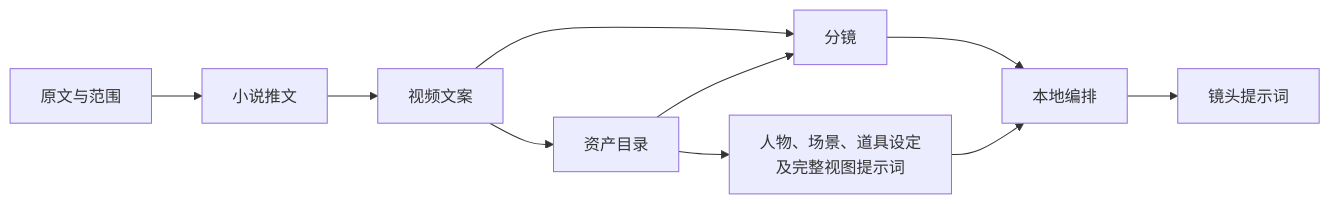
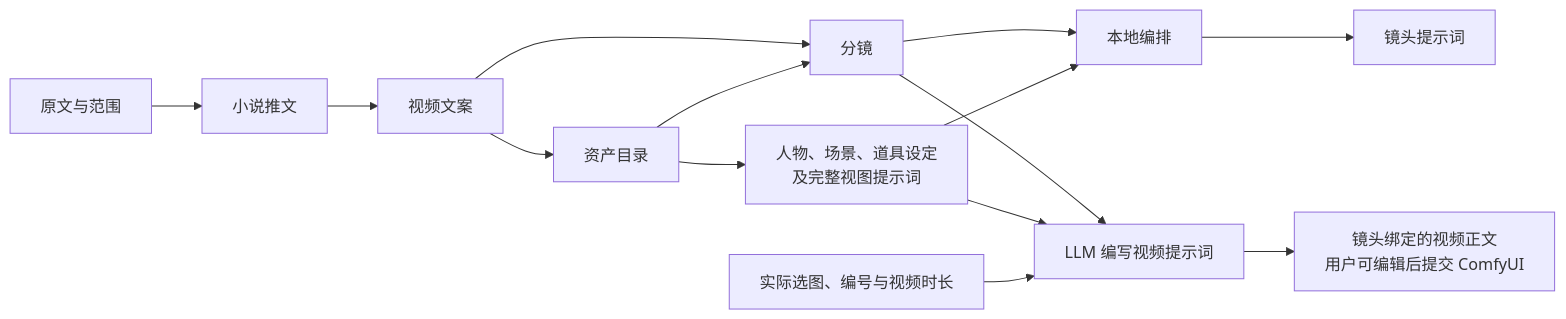
One commit to thisHobart/NovelWriter changed the second of 3 diagrams in docs/short_video/architecture.md. Above: the diagram before and after it, drawn with Mermaid. The commit also changed other lines of this file and 17 other files, not shown here.

````diff
--- a/docs/short_video/architecture.md
+++ b/docs/short_video/architecture.md
@@ -42,12 +42,16 @@
 ```mermaid
 flowchart LR
     SOURCE[原文与范围] --> NOVEL[小说推文]
     NOVEL --> VIDEO[视频文案]
     VIDEO --> CATALOG[资产目录]
     VIDEO --> BOARD[分镜]
     CATALOG --> BOARD
     CATALOG --> SPEC[人物、场景、道具设定<br/>及完整视图提示词]
     BOARD --> COMPILE[本地编排]
     SPEC --> COMPILE
     COMPILE --> PROMPT[镜头提示词]
+    BOARD --> VP[LLM 编写视频提示词]
+    SPEC --> VP
+    INPUT[实际选图、编号与视频时长] --> VP
+    VP --> BODY[镜头绑定的视频正文<br/>用户可编辑后提交 ComfyUI]
 ```
````
